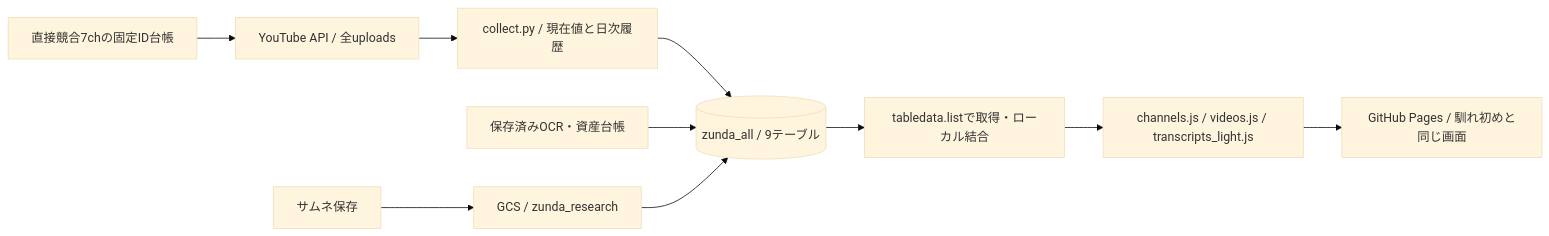
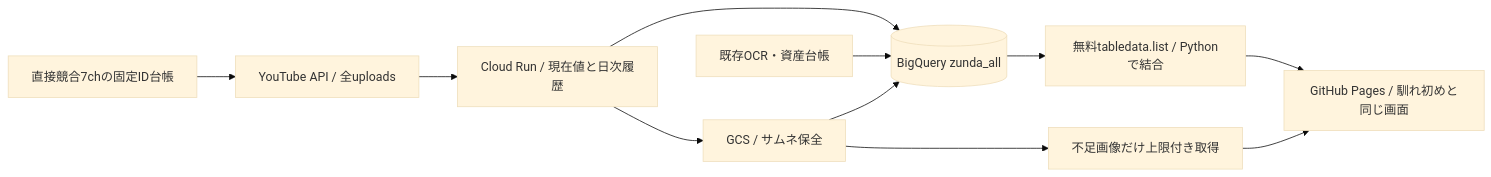
One commit to japonismy/zunda-kikaku-research changed the diagram in backend/README.md. Above: the diagram before and after it, drawn with Mermaid (base theme). The commit also changed other lines of this file and 13 other files, not shown here.

````diff
--- a/backend/README.md
+++ b/backend/README.md
@@ -22,12 +11,13 @@
 ```mermaid
 flowchart LR
-  R[直接競合7chの固定ID台帳] --> Y[YouTube API / 全uploads]
-  Y --> C[collect.py / 現在値と日次履歴]
-  C --> B[(zunda_all / 9テーブル)]
-  O[保存済みOCR・資産台帳] --> B
-  T[サムネ保存] --> G[GCS / zunda_research]
-  G --> B
-  B --> P[tabledata.listで取得・ローカル結合]
-  P --> J[channels.js / videos.js / transcripts_light.js]
-  J --> H[GitHub Pages / 馴れ初めと同じ画面]
+ R[直接競合7chの固定ID台帳] --> Y[YouTube API / 全uploads]
+ Y --> C[Cloud Run / 現在値と日次履歴]
+ C --> B[(BigQuery zunda_all)]
+ C --> G[GCS / サムネ保全]
+ O[既存OCR・資産台帳] --> B
+ G --> B
+ B --> P[無料tabledata.list / Pythonで結合]
+ G --> D[不足画像だけ上限付き取得]
+ P --> H[GitHub Pages / 馴れ初めと同じ画面]
+ D --> H
 ```
````
